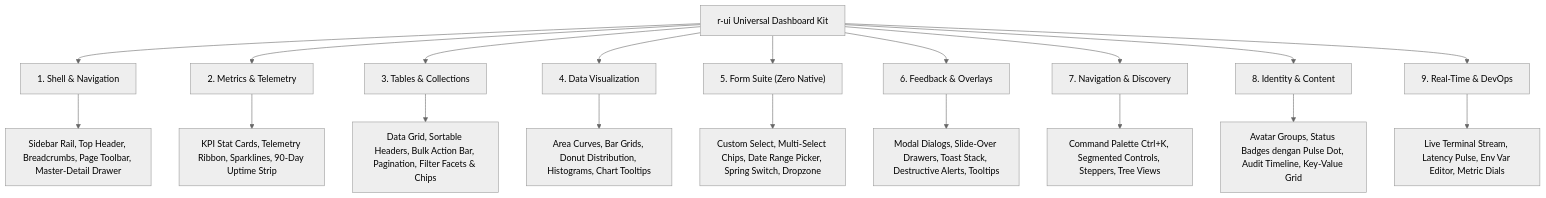
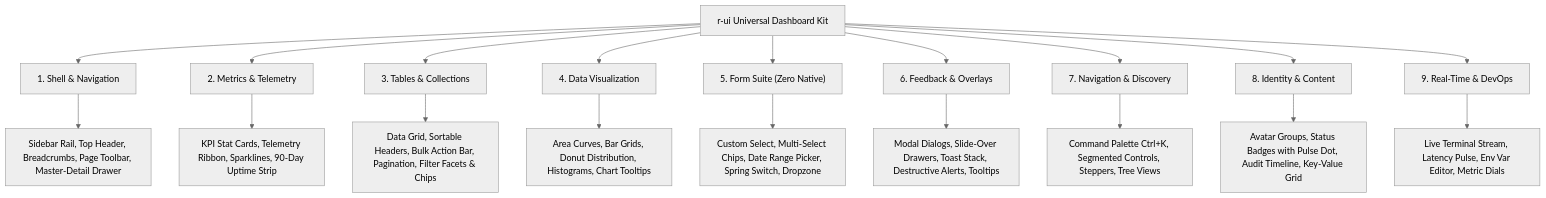
Before and after one commit to RudyCity/r-ui: the diagram in README.md, drawn with Mermaid (neutral theme). The commit also changed 13 other files, not shown here.

````diff
--- a/README.md
+++ b/README.md
@@ -60,24 +60,24 @@
 ```mermaid
 flowchart TD
     Dashboard["r-ui Universal Dashboard Kit"]
     
     Dashboard --> P1["1. Shell & Navigation"]
     Dashboard --> P2["2. Metrics & Telemetry"]
     Dashboard --> P3["3. Tables & Collections"]
     Dashboard --> P4["4. Data Visualization"]
     Dashboard --> P5["5. Form Suite (Zero Native)"]
     Dashboard --> P6["6. Feedback & Overlays"]
     Dashboard --> P7["7. Navigation & Discovery"]
     Dashboard --> P8["8. Identity & Content"]
     Dashboard --> P9["9. Real-Time & DevOps"]
 
     P1 --> P1_items["Sidebar Rail, Top Header, Breadcrumbs, Page Toolbar, Master-Detail Drawer"]
     P2 --> P2_items["KPI Stat Cards, Telemetry Ribbon, Sparklines, 90-Day Uptime Strip"]
     P3 --> P3_items["Data Grid, Sortable Headers, Bulk Action Bar, Pagination, Filter Facets & Chips"]
     P4 --> P4_items["Area Curves, Bar Grids, Donut Distribution, Histograms, Chart Tooltips"]
     P5 --> P5_items["Custom Select, Multi-Select Chips, Date Range Picker, Spring Switch, Dropzone"]
     P6 --> P6_items["Modal Dialogs, Slide-Over Drawers, Toast Stack, Destructive Alerts, Tooltips"]
     P7 --> P7_items["Command Palette Ctrl+K, Segmented Controls, Steppers, Tree Views"]
-    P8 --> P8_items["Avatar Groups, Status Badges dengan Pulse Dot, Audit Timeline, Key-Value Grid"]
+    P8 --> P8_items["Avatar Groups, Status Badges with Pulse Dot, Audit Timeline, Key-Value Grid"]
     P9 --> P9_items["Live Terminal Stream, Latency Pulse, Env Var Editor, Metric Dials"]
 ```
````
